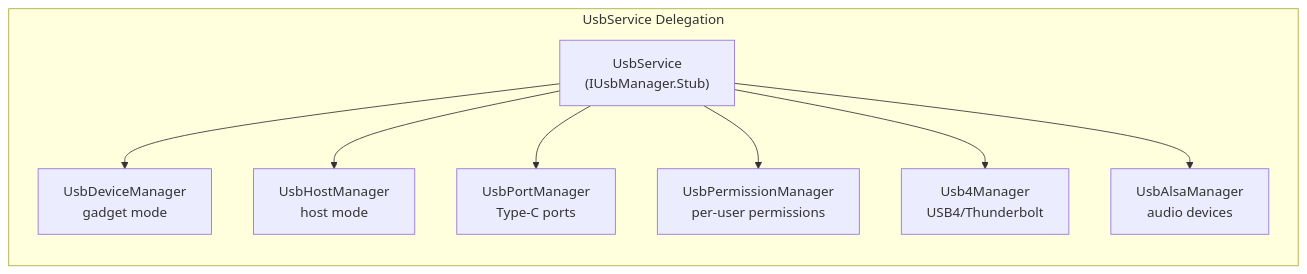
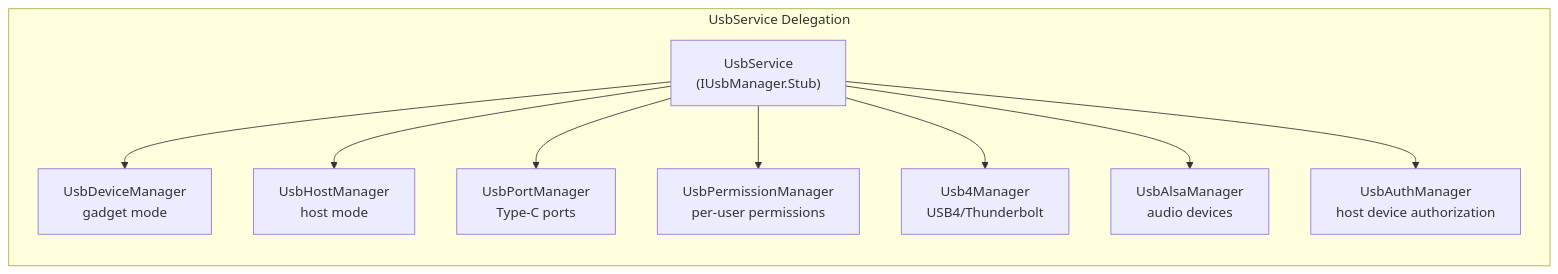
Before and after one commit to aospbooks/aosp-internal-book: the second of 30 diagrams in 39-usb-adb.md, drawn with Mermaid. The commit also changed other lines of this file and 232 other files, not shown here.

````diff
--- a/39-usb-adb.md
+++ b/39-usb-adb.md
@@ -141,19 +141,21 @@
 ```mermaid
 graph LR
     subgraph "UsbService Delegation"
         US["UsbService<br/>(IUsbManager.Stub)"]
         UDM["UsbDeviceManager<br/>gadget mode"]
         UHM["UsbHostManager<br/>host mode"]
         UPM["UsbPortManager<br/>Type-C ports"]
         UPERM["UsbPermissionManager<br/>per-user permissions"]
         U4M["Usb4Manager<br/>USB4/Thunderbolt"]
         UALSA["UsbAlsaManager<br/>audio devices"]
+        UAUTH["UsbAuthManager<br/>host device authorization"]
     end
 
     US --> UDM
     US --> UHM
     US --> UPM
     US --> UPERM
     US --> U4M
     US --> UALSA
+    US --> UAUTH
 ```
````
